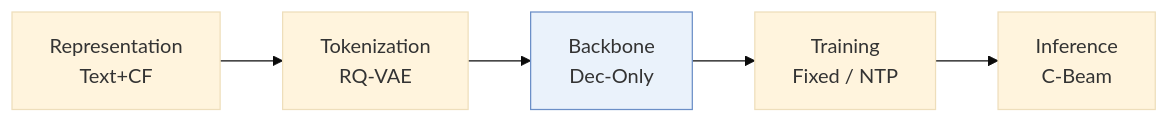
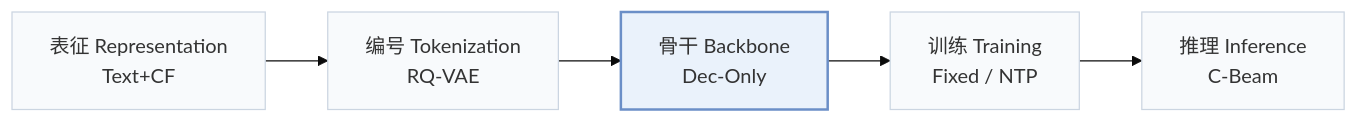
The first of 2 diagrams in pages/zh/papers/latte.md (Galaxy-ghost/Awesome-SID-Generative-Rec), drawn with Mermaid (base theme) before and after one commit. The commit also changed other lines of this file and 649 other files, not shown here.

Commit message:
writer-05: also tags and modality index (schema, check, build, visuals); summary field removed; calibration data for 12 papers

````diff
--- a/pages/zh/papers/latte.md
+++ b/pages/zh/papers/latte.md
@@ -13,6 +15,8 @@
 ```mermaid
 flowchart LR
-    R["Representation<br/>Text+CF"] --> T["Tokenization<br/>RQ-VAE"] --> B["Backbone<br/>Dec-Only"] --> TR["Training<br/>Fixed / NTP"] --> I["Inference<br/>C-Beam"]
-    classDef main fill:#eaf2fb,stroke:#6b8fc7
+    R["表征 Representation<br/>Text+CF"] --> T["编号 Tokenization<br/>RQ-VAE"] --> B["骨干 Backbone<br/>Dec-Only"] --> TR["训练 Training<br/>Fixed / NTP"] --> I["推理 Inference<br/>C-Beam"]
+    classDef base fill:#f8fafc,stroke:#cbd5e1
+    class R,T,B,TR,I base
+    classDef main fill:#eaf2fb,stroke:#6b8fc7,stroke-width:2px
     class B main
 ```
````
